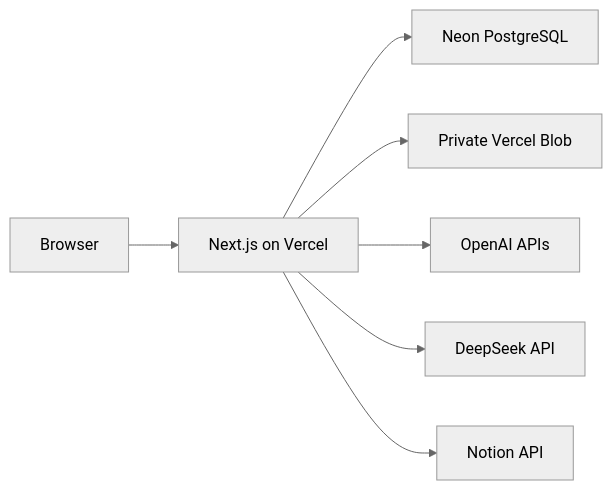
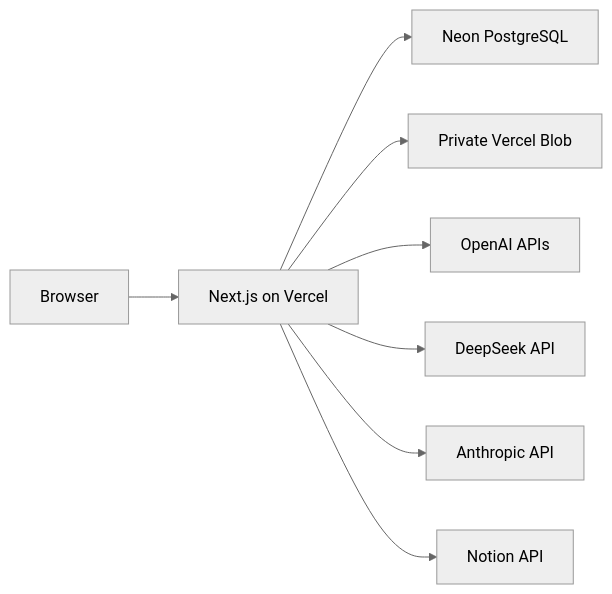
The diagram in README.md (kakumine2001/NoteFable), drawn with Mermaid (neutral theme) before and after one commit. The commit also changed other lines of this file and 21 other files, not shown here.

````diff
--- a/README.md
+++ b/README.md
@@ -33,17 +33,19 @@
 ```mermaid
 flowchart LR
     Browser["Browser"]
     App["Next.js on Vercel"]
     Neon["Neon PostgreSQL"]
     Blob["Private Vercel Blob"]
     OpenAI["OpenAI APIs"]
     DeepSeek["DeepSeek API"]
+    Anthropic["Anthropic API"]
     Notion["Notion API"]
 
     Browser --> App
     App --> Neon
     App --> Blob
     App --> OpenAI
     App --> DeepSeek
+    App --> Anthropic
     App --> Notion
 ```
````
